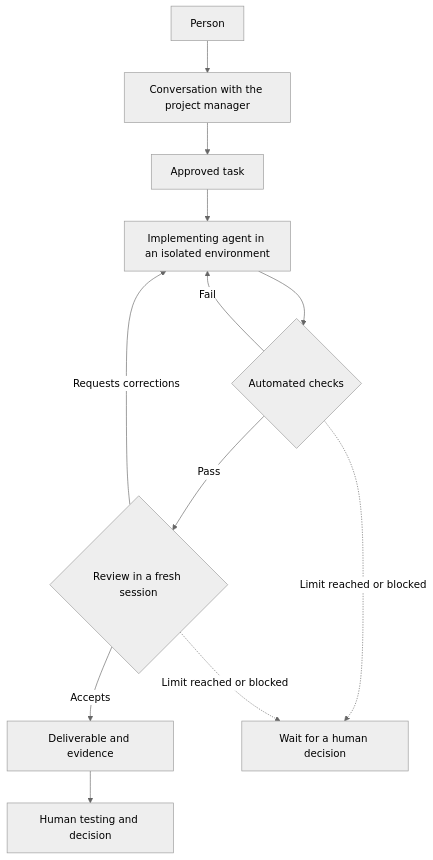
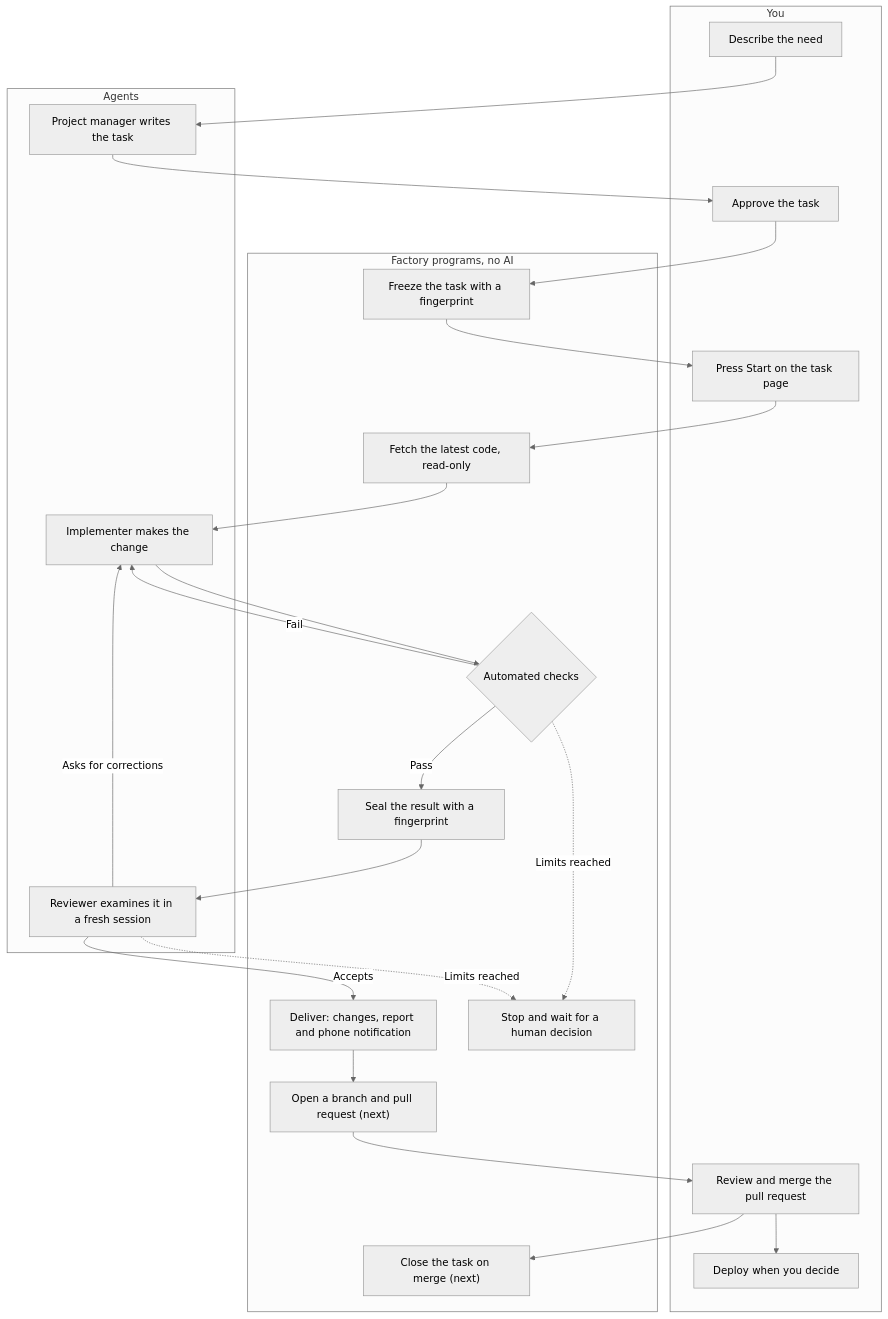
The first of 2 diagrams in README.md (Gaan21/agent-factory-case-study), drawn with Mermaid (neutral theme) before and after one commit. The commit also changed other lines of this file, not shown here.

First line of the commit message:
docs: present the factory as a development department, with diagrams

````diff
--- a/README.md
+++ b/README.md
@@ -24,14 +30,33 @@
 ```mermaid
 flowchart TD
-    H[Person] --> P[Conversation with the project manager]
-    P --> E[Approved task]
-    E --> I[Implementing agent in an isolated environment]
-    I --> C{Automated checks}
-    C -->|Pass| R{Review in a fresh session}
+    subgraph You
+        A[Describe the need]
+        F[Approve the task]
+        S[Press Start on the task page]
+        M[Review and merge the pull request]
+        Y[Deploy when you decide]
+    end
+    subgraph Agents
+        P[Project manager writes the task]
+        I[Implementer makes the change]
+        R[Reviewer examines it in a fresh session]
+    end
+    subgraph Factory["Factory programs, no AI"]
+        Z[Freeze the task with a fingerprint]
+        G[Fetch the latest code, read-only]
+        C{Automated checks}
+        K[Seal the result with a fingerprint]
+        D[Deliver: changes, report and phone notification]
+        B["Open a branch and pull request (next)"]
+        X["Close the task on merge (next)"]
+        H[Stop and wait for a human decision]
+    end
+    A --> P --> F --> Z --> S --> G --> I --> C
     C -->|Fail| I
-    R -->|Requests corrections| I
-    R -->|Accepts| D[Deliverable and evidence]
-    D --> U[Human testing and decision]
-    C -.->|Limit reached or blocked| B[Wait for a human decision]
-    R -.->|Limit reached or blocked| B
+    C -->|Pass| K --> R
+    R -->|Asks for corrections| I
+    R -->|Accepts| D --> B --> M --> X
+    M --> Y
+    C -.->|Limits reached| H
+    R -.->|Limits reached| H
 ```
````
